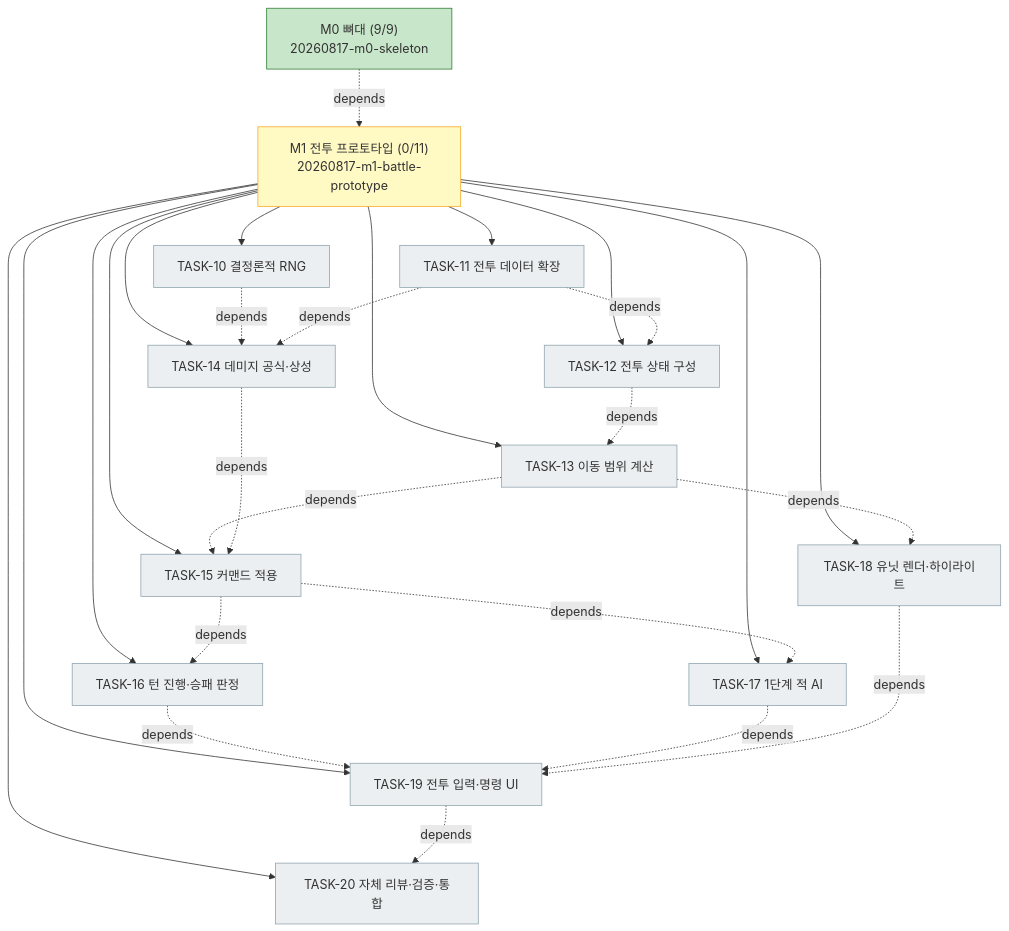
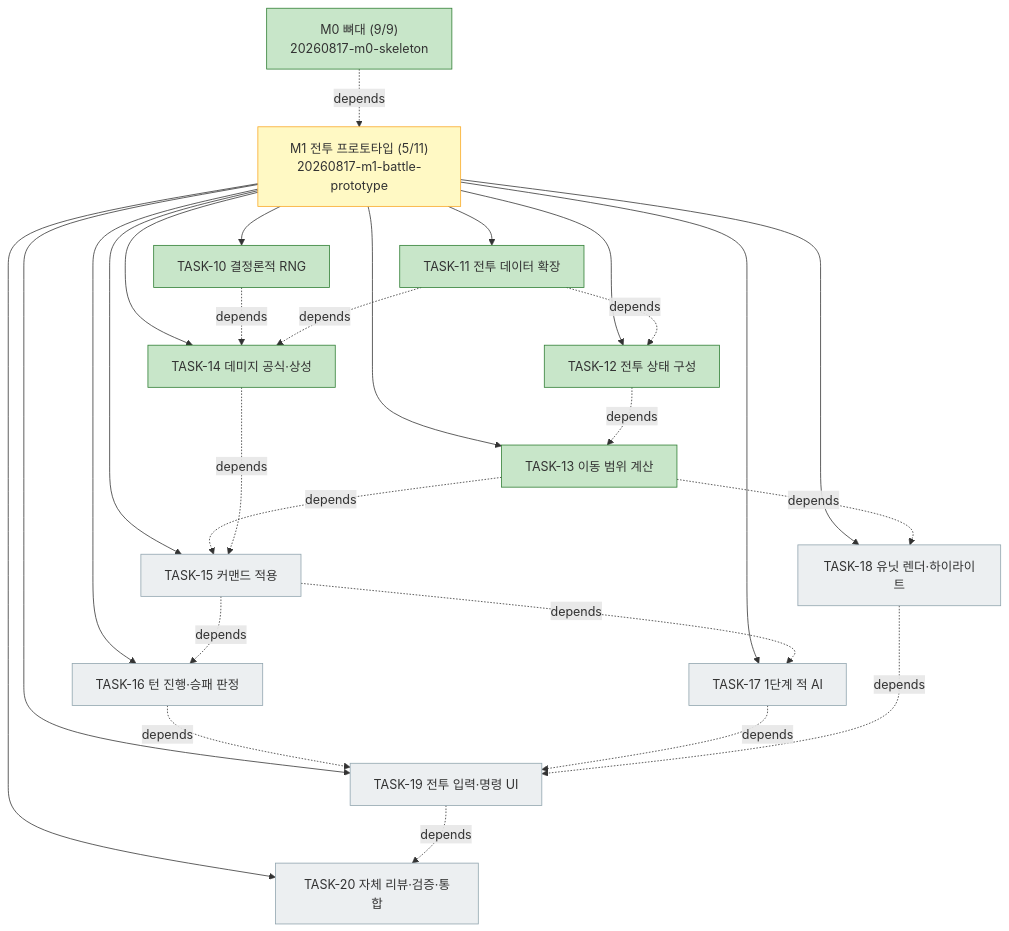
One commit to bluesky5008/HERO changed the diagram in docs/plan.md. Above: the diagram before and after it, drawn with Mermaid. The commit also changed other lines of this file and 22 other files, not shown here.

First line of the commit message:
feat(m1): 전투 코어 — RNG·전투 데이터·상태·이동·데미지 (TASK-10~14)

````diff
--- a/docs/plan.md
+++ b/docs/plan.md
@@ -64,34 +64,34 @@
 ```mermaid
 flowchart TD
     M0["M0 뼈대 (9/9)<br/>20260817-m0-skeleton"]:::done
-    M1["M1 전투 프로토타입 (0/11)<br/>20260817-m1-battle-prototype"]:::active
+    M1["M1 전투 프로토타입 (5/11)<br/>20260817-m1-battle-prototype"]:::active
     M0 -. depends .-> M1
-    M1 --> T10["TASK-10 결정론적 RNG"]:::todo
-    M1 --> T11["TASK-11 전투 데이터 확장"]:::todo
-    M1 --> T12["TASK-12 전투 상태 구성"]:::todo
-    M1 --> T13["TASK-13 이동 범위 계산"]:::todo
-    M1 --> T14["TASK-14 데미지 공식·상성"]:::todo
+    M1 --> T10["TASK-10 결정론적 RNG"]:::done
+    M1 --> T11["TASK-11 전투 데이터 확장"]:::done
+    M1 --> T12["TASK-12 전투 상태 구성"]:::done
+    M1 --> T13["TASK-13 이동 범위 계산"]:::done
+    M1 --> T14["TASK-14 데미지 공식·상성"]:::done
     M1 --> T15["TASK-15 커맨드 적용"]:::todo
     M1 --> T16["TASK-16 턴 진행·승패 판정"]:::todo
     M1 --> T17["TASK-17 1단계 적 AI"]:::todo
     M1 --> T18["TASK-18 유닛 렌더·하이라이트"]:::todo
     M1 --> T19["TASK-19 전투 입력·명령 UI"]:::todo
     M1 --> T20["TASK-20 자체 리뷰·검증·통합"]:::todo
     T11 -. depends .-> T12
     T12 -. depends .-> T13
     T10 -. depends .-> T14
     T11 -. depends .-> T14
     T13 -. depends .-> T15
     T14 -. depends .-> T15
     T15 -. depends .-> T16
     T15 -. depends .-> T17
     T13 -. depends .-> T18
     T16 -. depends .-> T19
     T17 -. depends .-> T19
     T18 -. depends .-> T19
     T19 -. depends .-> T20
     classDef done fill:#c8e6c9,stroke:#2e7d32
     classDef active fill:#fff9c4,stroke:#f9a825
     classDef todo fill:#eceff1,stroke:#90a4ae
     classDef gate fill:#ffcdd2,stroke:#c62828
 ```
````
